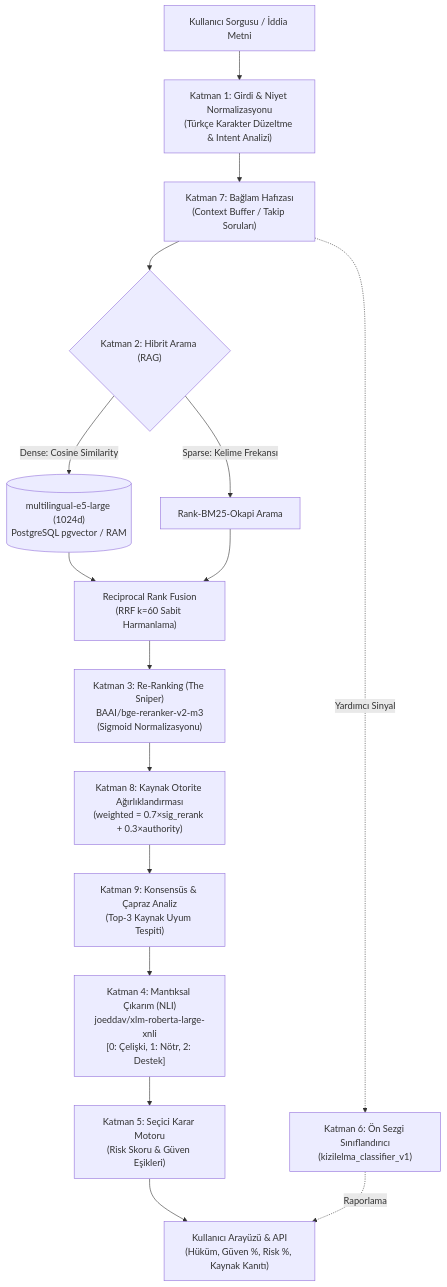
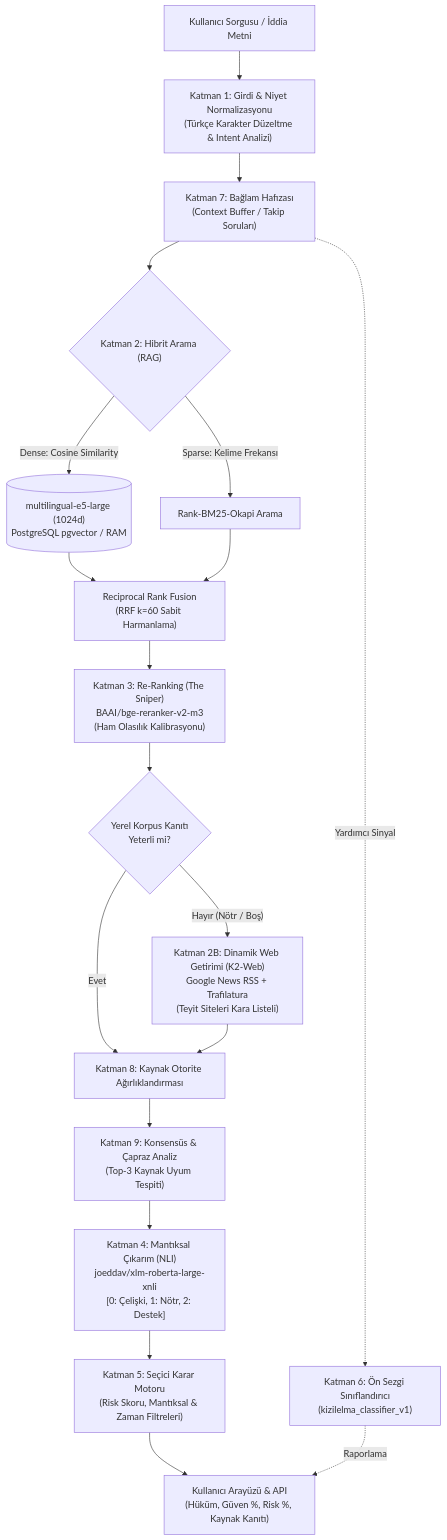
The diagram in README.md (ETU-Digital-Design-Lab/bsc-2026-group-5-kizilelmai-news-verifier), drawn with Mermaid before and after one commit. The commit also changed other lines of this file and 20 other files, not shown here.

````diff
--- a/README.md
+++ b/README.md
@@ -34,24 +37,28 @@
 ```mermaid
 graph TD
     A["Kullanıcı Sorgusu / İddia Metni"] --> K1["Katman 1: Girdi & Niyet Normalizasyonu\n(Türkçe Karakter Düzeltme & Intent Analizi)"]
     K1 --> K7["Katman 7: Bağlam Hafızası\n(Context Buffer / Takip Soruları)"]
     K7 --> K2{"Katman 2: Hibrit Arama (RAG)"}
     
     K2 -->|"Dense: Cosine Similarity"| VDB[("multilingual-e5-large (1024d)\nPostgreSQL pgvector / RAM")]
     K2 -->|"Sparse: Kelime Frekansı"| BM["Rank-BM25-Okapi Arama"]
     
     VDB --> RRF["Reciprocal Rank Fusion\n(RRF k=60 Sabit Harmanlama)"]
     BM --> RRF
     
-    RRF --> K3["Katman 3: Re-Ranking (The Sniper)\nBAAI/bge-reranker-v2-m3\n(Sigmoid Normalizasyonu)"]
-    K3 --> K8["Katman 8: Kaynak Otorite Ağırlıklandırması\n(weighted = 0.7×sig_rerank + 0.3×authority)"]
+    RRF --> K3["Katman 3: Re-Ranking (The Sniper)\nBAAI/bge-reranker-v2-m3\n(Ham Olasılık Kalibrasyonu)"]
+    
+    K3 --> CHK{"Yerel Korpus Kanıtı\nYeterli mi?"}
+    CHK -->|"Evet"| K8["Katman 8: Kaynak Otorite Ağırlıklandırması"]
+    CHK -->|"Hayır (Nötr / Boş)"| K2W["Katman 2B: Dinamik Web Getirimi (K2-Web)\nGoogle News RSS + Trafilatura\n(Teyit Siteleri Kara Listeli)"]
+    K2W --> K8
+    
     K8 --> K9["Katman 9: Konsensüs & Çapraz Analiz\n(Top-3 Kaynak Uyum Tespiti)"]
-    
     K9 --> K4["Katman 4: Mantıksal Çıkarım (NLI)\njoeddav/xlm-roberta-large-xnli\n[0: Çelişki, 1: Nötr, 2: Destek]"]
     
-    K4 --> K5["Katman 5: Seçici Karar Motoru\n(Risk Skoru & Güven Eşikleri)"]
+    K4 --> K5["Katman 5: Seçici Karar Motoru\n(Risk Skoru, Mantıksal & Zaman Filtreleri)"]
     K7 -.->|"Yardımcı Sinyal"| K6["Katman 6: Ön Sezgi Sınıflandırıcı\n(kizilelma_classifier_v1)"]
     
     K5 --> OUT["Kullanıcı Arayüzü & API\n(Hüküm, Güven %, Risk %, Kaynak Kanıtı)"]
     K6 -.->|"Raporlama"| OUT
 ```
````
